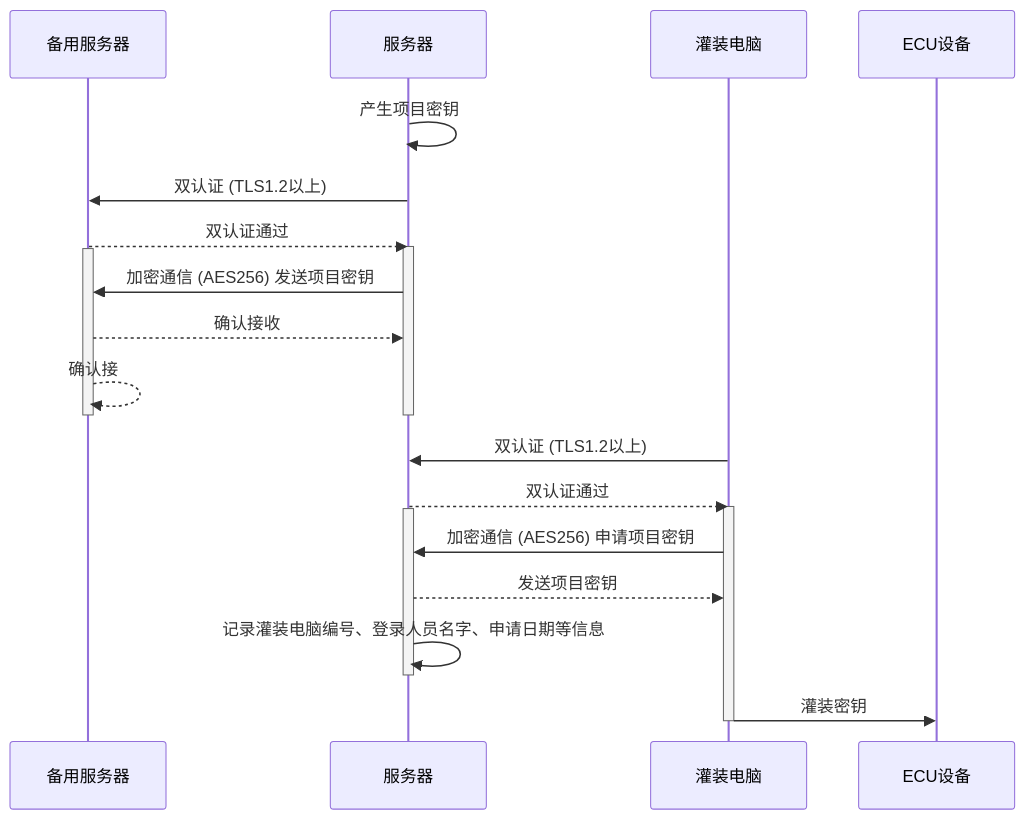
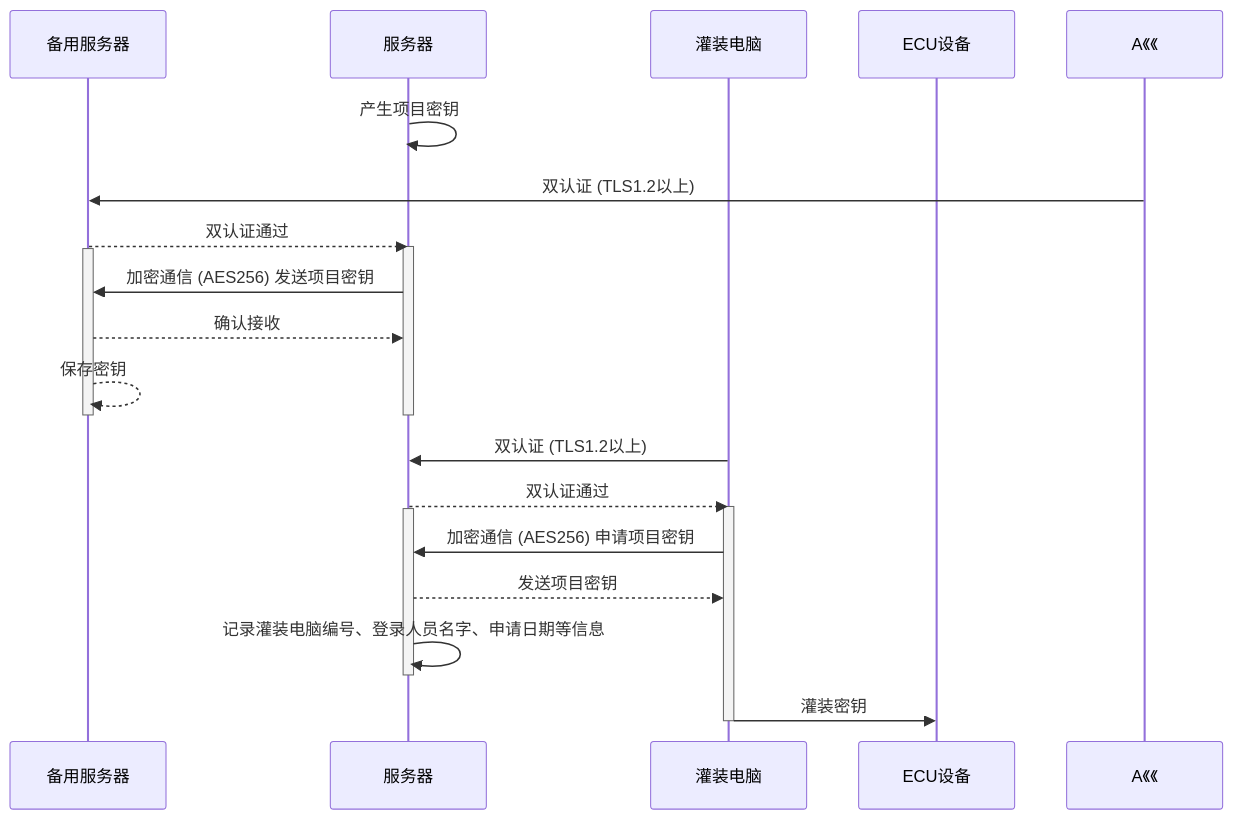
Before and after one commit to facebook-cloud/iodraw-files: the diagram in all/未命名-10.md, drawn with Mermaid.

Commit message:
2026-01-14 19:09:44 update

````diff
--- a/all/未命名-10.md
+++ b/all/未命名-10.md
@@ -1,30 +1,30 @@
 ```mermaid
 sequenceDiagram
     participant B as 备用服务器
     participant A as 服务器
     participant C as 灌装电脑
     participant D as ECU设备
 
     A->>A: 产生项目密钥
-    A->>B: 双认证 (TLS1.2以上)
+    A《《->>B: 双认证 (TLS1.2以上)
     B-->>A: 双认证通过
     activate A
     activate B
     A->>B: 加密通信 (AES256) 发送项目密钥
     B-->>A: 确认接收
-    B-->>B: 确认接
+    B-->>B: 保存密钥
     deactivate B
     deactivate A
 
     C->>A: 双认证 (TLS1.2以上)
     A-->>C: 双认证通过
     activate C
     activate A
     C->>A: 加密通信 (AES256) 申请项目密钥
     A-->>C: 发送项目密钥
     A->>A: 记录灌装电脑编号、登录人员名字、申请日期等信息
     deactivate A
     C->>D: 灌装密钥
     deactivate C
 
 ```
````
